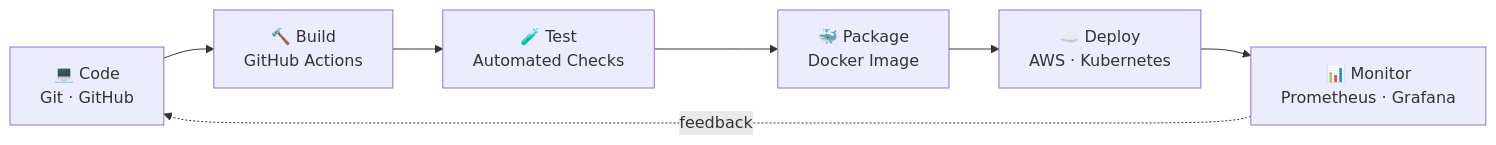
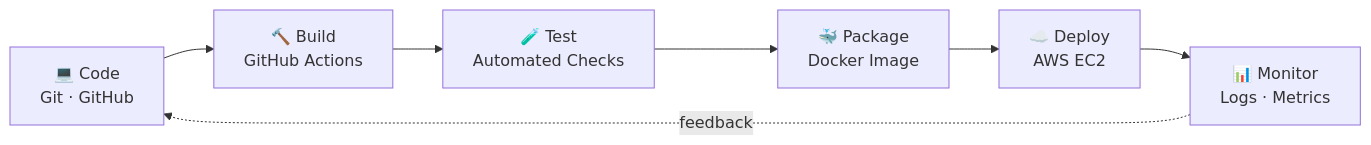
The diagram in README.md (Srijapotha/Srijapotha), drawn with Mermaid before and after one commit. The commit also changed other lines of this file, not shown here.

````diff
--- a/README.md
+++ b/README.md
@@ -29,9 +36,9 @@
 ```mermaid
 flowchart LR
     A[💻 Code<br/>Git · GitHub] --> B[🔨 Build<br/>GitHub Actions]
     B --> C[🧪 Test<br/>Automated Checks]
     C --> D[🐳 Package<br/>Docker Image]
-    D --> E[☁️ Deploy<br/>AWS · Kubernetes]
-    E --> F[📊 Monitor<br/>Prometheus · Grafana]
+    D --> E[☁️ Deploy<br/>AWS EC2]
+    E --> F[📊 Monitor<br/>Logs · Metrics]
     F -.feedback.-> A
 ```
````
